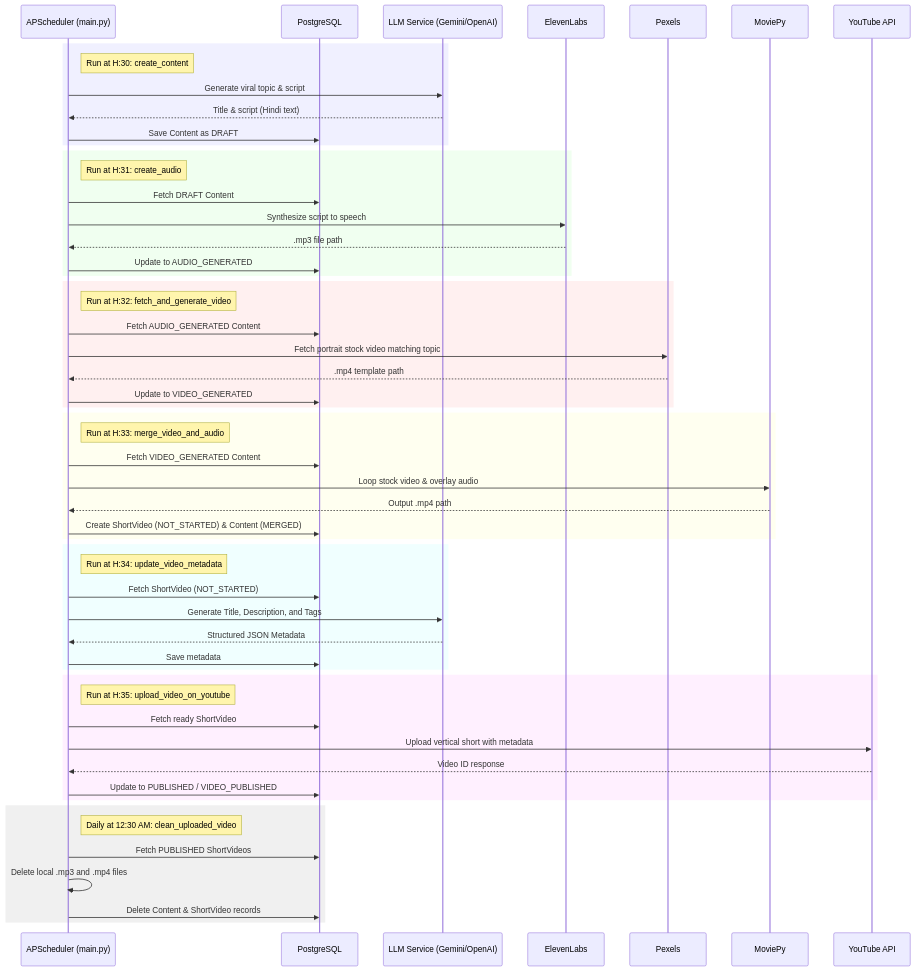
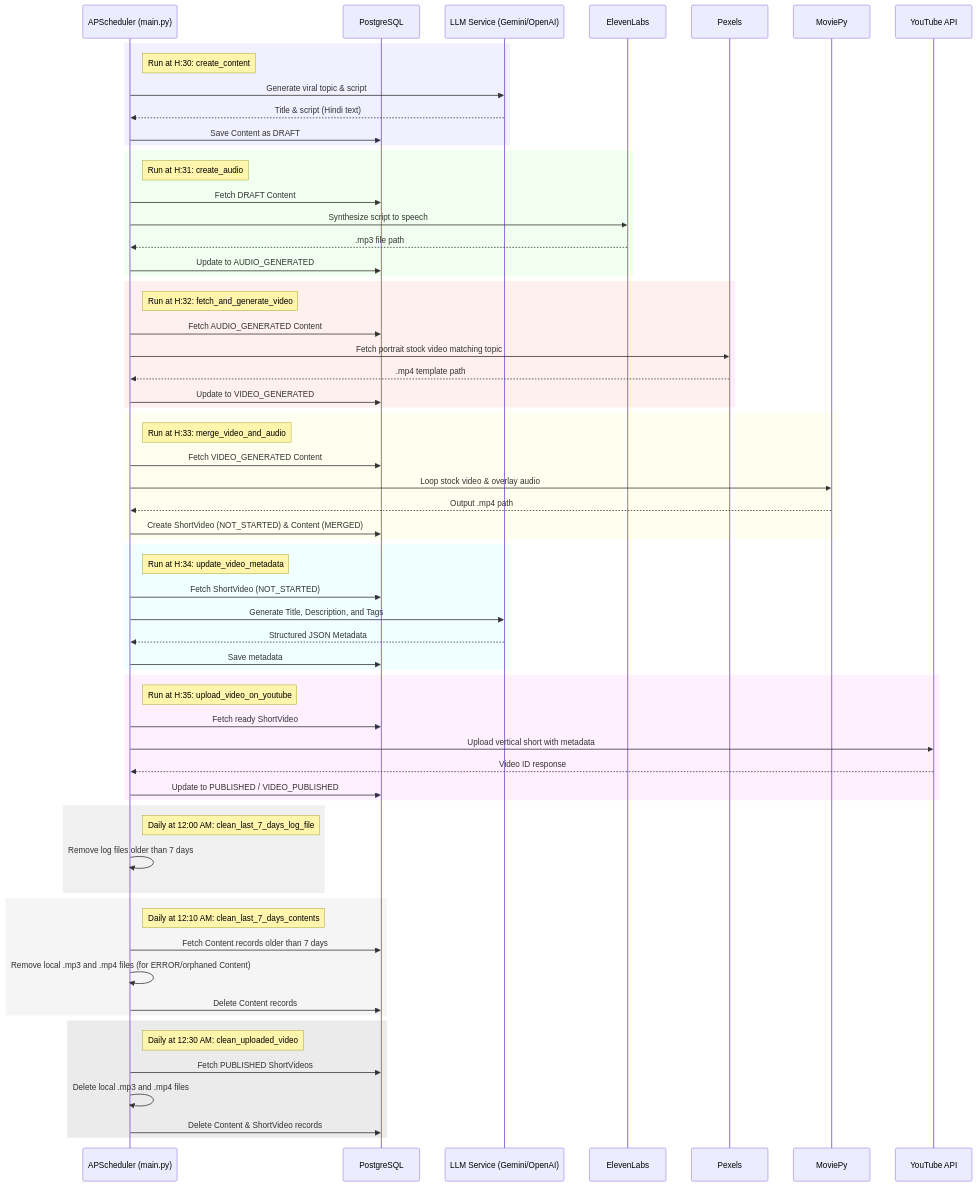
One commit to indvx/dg_shorts_ai changed the second of 2 diagrams in README.md. Above: the diagram before and after it, drawn with Mermaid. The commit also changed other lines of this file and 1 other file, not shown here.

Commit message:
refactor: update OAuth error messaging and document new automated retention and cleanup workflows in README

````diff
--- a/README.md
+++ b/README.md
@@ -327,64 +336,76 @@
 ```mermaid
 sequenceDiagram
     participant S as APScheduler (main.py)
     participant DB as PostgreSQL
     participant LLM as LLM Service (Gemini/OpenAI)
     participant EL as ElevenLabs
     participant P as Pexels
     participant MV as MoviePy
     participant YT as YouTube API
     
     rect rgb(240, 240, 255)
     note right of S: Run at H:30: create_content
     S->>LLM: Generate viral topic & script
     LLM-->>S: Title & script (Hindi text)
     S->>DB: Save Content as DRAFT
     end
 
     rect rgb(240, 255, 240)
     note right of S: Run at H:31: create_audio
     S->>DB: Fetch DRAFT Content
     S->>EL: Synthesize script to speech
     EL-->>S: .mp3 file path
     S->>DB: Update to AUDIO_GENERATED
     end
 
     rect rgb(255, 240, 240)
     note right of S: Run at H:32: fetch_and_generate_video
     S->>DB: Fetch AUDIO_GENERATED Content
     S->>P: Fetch portrait stock video matching topic
     P-->>S: .mp4 template path
     S->>DB: Update to VIDEO_GENERATED
     end
 
     rect rgb(255, 255, 240)
     note right of S: Run at H:33: merge_video_and_audio
     S->>DB: Fetch VIDEO_GENERATED Content
     S->>MV: Loop stock video & overlay audio
     MV-->>S: Output .mp4 path
     S->>DB: Create ShortVideo (NOT_STARTED) & Content (MERGED)
     end
 
     rect rgb(240, 255, 255)
     note right of S: Run at H:34: update_video_metadata
     S->>DB: Fetch ShortVideo (NOT_STARTED)
     S->>LLM: Generate Title, Description, and Tags
     LLM-->>S: Structured JSON Metadata
     S->>DB: Save metadata
     end
 
     rect rgb(255, 240, 255)
     note right of S: Run at H:35: upload_video_on_youtube
     S->>DB: Fetch ready ShortVideo
     S->>YT: Upload vertical short with metadata
     YT-->>S: Video ID response
     S->>DB: Update to PUBLISHED / VIDEO_PUBLISHED
     end
 
     rect rgb(240, 240, 240)
+    note right of S: Daily at 12:00 AM: clean_last_7_days_log_file
+    S->>S: Remove log files older than 7 days
+    end
+
+    rect rgb(245, 245, 245)
+    note right of S: Daily at 12:10 AM: clean_last_7_days_contents
+    S->>DB: Fetch Content records older than 7 days
+    S->>S: Remove local .mp3 and .mp4 files (for ERROR/orphaned Content)
+    S->>DB: Delete Content records
+    end
+
+    rect rgb(235, 235, 235)
     note right of S: Daily at 12:30 AM: clean_uploaded_video
     S->>DB: Fetch PUBLISHED ShortVideos
     S->>S: Delete local .mp3 and .mp4 files
     S->>DB: Delete Content & ShortVideo records
     end
 ```
````
